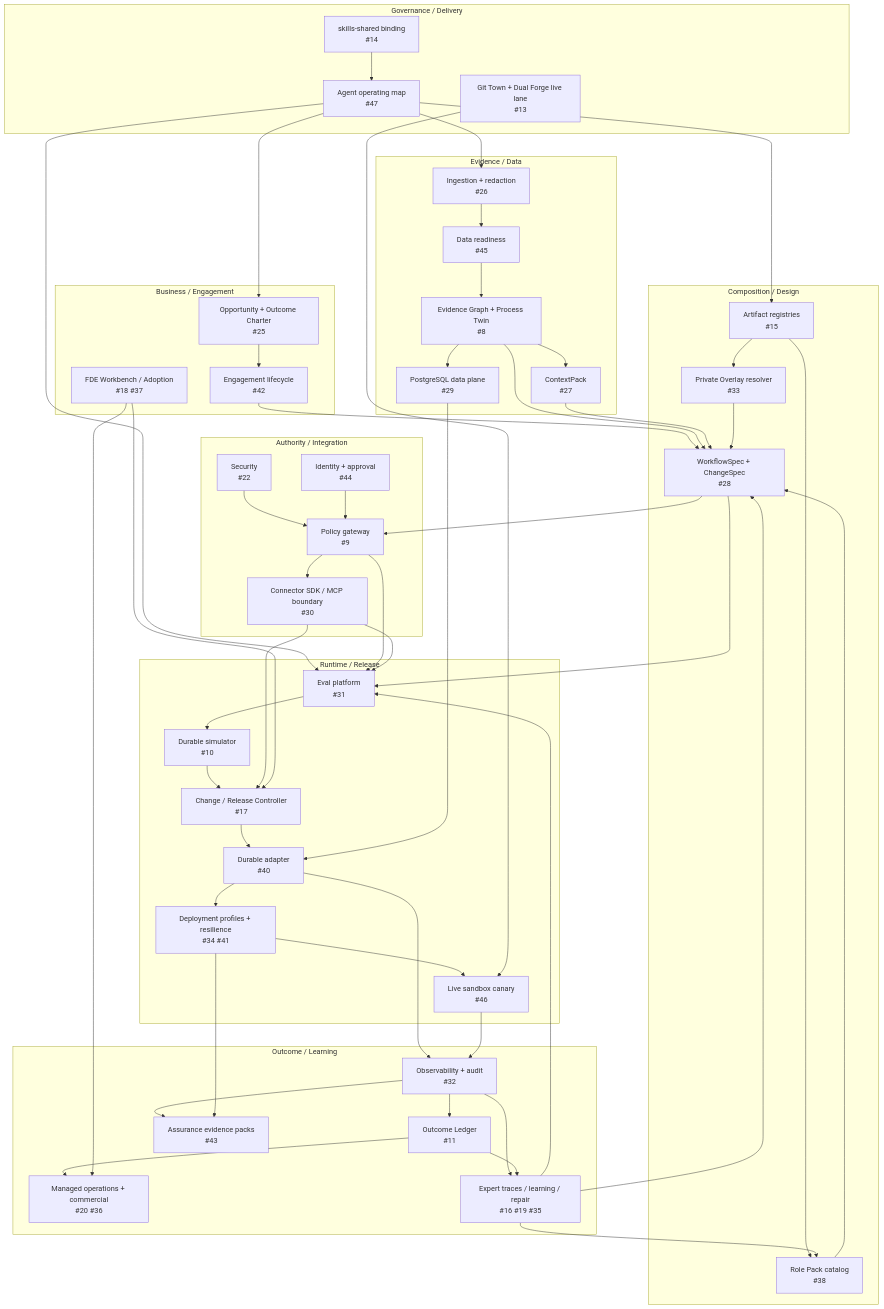
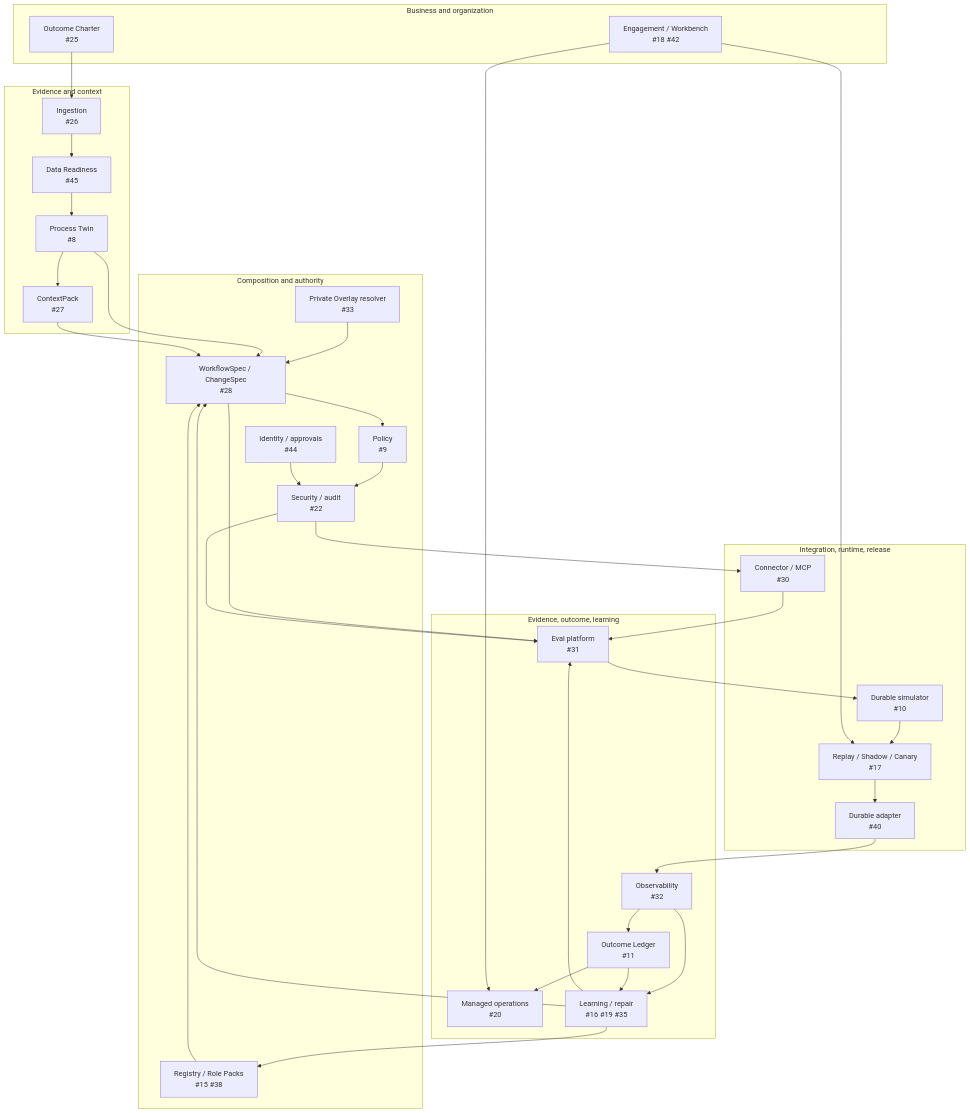
The first of 4 diagrams in docs/architecture/README.md (ed3c/fde-agent-platform), drawn with Mermaid before and after one commit. The commit also changed other lines of this file and 8 other files, not shown here.

First line of the commit message:
docs(architecture): reconcile Stage B4 closure and Agent map

````diff
--- a/docs/architecture/README.md
+++ b/docs/architecture/README.md
@@ -36,100 +38,59 @@
 ```mermaid
 flowchart TB
-  subgraph GOV[Governance / Delivery]
-    G1[skills-shared binding<br/>#14]
-    G2[Agent operating map<br/>#47]
-    G3[Git Town + Dual Forge live lane<br/>#13]
+  subgraph BIZ[Business and organization]
+    O[Outcome Charter<br/>#25]
+    ENG[Engagement / Workbench<br/>#18 #42]
   end
 
-  subgraph BUS[Business / Engagement]
-    B1[Opportunity + Outcome Charter<br/>#25]
-    B2[Engagement lifecycle<br/>#42]
-    B3[FDE Workbench / Adoption<br/>#18 #37]
+  subgraph EVD[Evidence and context]
+    I[Ingestion<br/>#26]
+    D[Data Readiness<br/>#45]
+    P[Process Twin<br/>#8]
+    C[ContextPack<br/>#27]
   end
 
-  subgraph EVD[Evidence / Data]
-    E1[Ingestion + redaction<br/>#26]
-    E2[Data readiness<br/>#45]
-    E3[Evidence Graph + Process Twin<br/>#8]
-    E4[ContextPack<br/>#27]
-    E5[PostgreSQL data plane<br/>#29]
+  subgraph CMP[Composition and authority]
+    R[Registry / Role Packs<br/>#15 #38]
+    V[Private Overlay resolver<br/>#33]
+    W[WorkflowSpec / ChangeSpec<br/>#28]
+    Y[Policy<br/>#9]
+    S[Security / audit<br/>#22]
+    ID[Identity / approvals<br/>#44]
   end
 
-  subgraph CMP[Composition / Design]
-    C1[Artifact registries<br/>#15]
-    C2[Role Pack catalog<br/>#38]
-    C3[Private Overlay resolver<br/>#33]
-    C4[WorkflowSpec + ChangeSpec<br/>#28]
+  subgraph EXE[Integration, runtime, release]
+    G[Connector / MCP<br/>#30]
+    SIM[Durable simulator<br/>#10]
+    REL[Replay / Shadow / Canary<br/>#17]
+    RT[Durable adapter<br/>#40]
   end
 
-  subgraph AUT[Authority / Integration]
-    A1[Policy gateway<br/>#9]
-    A2[Security<br/>#22]
-    A3[Identity + approval<br/>#44]
-    A4[Connector SDK / MCP boundary<br/>#30]
+  subgraph RES[Evidence, outcome, learning]
+    EV[Eval platform<br/>#31]
+    OBS[Observability<br/>#32]
+    OUT[Outcome Ledger<br/>#11]
+    OPS[Managed operations<br/>#20]
+    L[Learning / repair<br/>#16 #19 #35]
   end
 
-  subgraph RUN[Runtime / Release]
-    R1[Durable simulator<br/>#10]
-    R2[Eval platform<br/>#31]
-    R3[Change / Release Controller<br/>#17]
-    R4[Durable adapter<br/>#40]
-    R5[Deployment profiles + resilience<br/>#34 #41]
-    R6[Live sandbox canary<br/>#46]
-  end
-
-  subgraph OBS[Outcome / Learning]
-    O1[Observability + audit<br/>#32]
-    O2[Outcome Ledger<br/>#11]
-    O3[Managed operations + commercial<br/>#20 #36]
-    O4[Expert traces / learning / repair<br/>#16 #19 #35]
-    O5[Assurance evidence packs<br/>#43]
-  end
-
-  G1 --> G2
-  G2 --> B1
-  G2 --> E1
-  G2 --> C1
-  G2 --> R2
-
-  B1 --> B2
-  E1 --> E2 --> E3 --> E4
-  E3 --> E5
-  C1 --> C2
-  C1 --> C3
-
-  B2 --> C4
-  E3 --> C4
-  E4 --> C4
-  C2 --> C4
-  C3 --> C4
-
-  C4 --> A1
-  A2 --> A1
-  A3 --> A1
-  A1 --> A4
-
-  C4 --> R2
-  A1 --> R2
-  A4 --> R2
-  R2 --> R1
-  R1 --> R3
-  A4 --> R3
-  R3 --> R4
-  E5 --> R4
-  R4 --> R5 --> R6
-  G3 --> R6
-
-  R4 --> O1
-  R6 --> O1
-  O1 --> O2 --> O3
-  O1 --> O4
-  O2 --> O4
-  O4 --> C2
-  O4 --> C4
-  O4 --> R2
-  O1 --> O5
-  R5 --> O5
-  B3 --> R3
-  B3 --> O3
+  O --> I
+  I --> D --> P --> C
+  R --> W
+  V --> W
+  P --> W
+  C --> W
+  W --> Y --> S
+  ID --> S
+  S --> G
+  W --> EV
+  S --> EV
+  G --> EV
+  EV --> SIM --> REL --> RT --> OBS --> OUT --> OPS
+  ENG --> REL
+  ENG --> OPS
+  OBS --> L
+  OUT --> L
+  L --> R
+  L --> W
+  L --> EV
 ```
````
